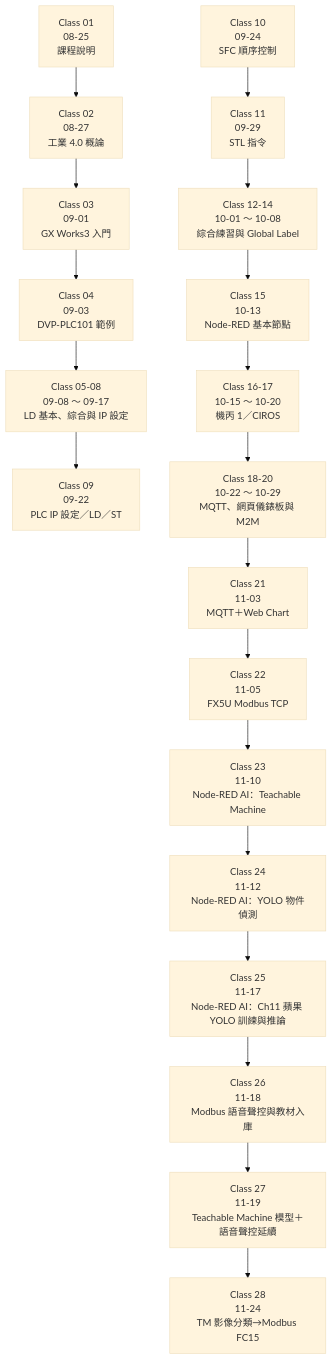
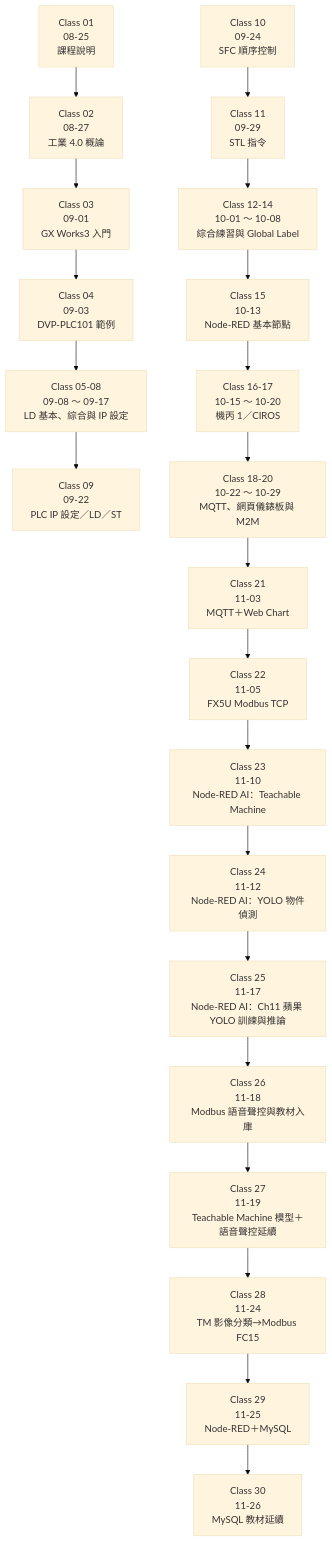
The first of 3 diagrams in docs/COURSE-MAP.md (yd7148/INDUSTRY-4.0), drawn with Mermaid (base theme) before and after one commit. The commit also changed other lines of this file and 2 other files, not shown here.

Commit message:
Sync docs for Class-29/30 (30 classes, 31 videos, timeline and MySQL SVG)

````diff
--- a/docs/COURSE-MAP.md
+++ b/docs/COURSE-MAP.md
@@ -10,21 +10,23 @@
 ```mermaid
 flowchart TD
     A["Class 01<br/>08-25<br/>課程說明"] --> B["Class 02<br/>08-27<br/>工業 4.0 概論"]
     B --> C["Class 03<br/>09-01<br/>GX Works3 入門"]
     C --> D["Class 04<br/>09-03<br/>DVP-PLC101 範例"]
     D --> E["Class 05-08<br/>09-08 ～ 09-17<br/>LD 基本、綜合與 IP 設定"]
     E --> F["Class 09<br/>09-22<br/>PLC IP 設定／LD／ST"]
     G["Class 10<br/>09-24<br/>SFC 順序控制"] --> H["Class 11<br/>09-29<br/>STL 指令"]
     H --> I["Class 12-14<br/>10-01 ～ 10-08<br/>綜合練習與 Global Label"]
     I --> J["Class 15<br/>10-13<br/>Node-RED 基本節點"]
     J --> K["Class 16-17<br/>10-15 ～ 10-20<br/>機丙 1／CIROS"]
     K --> L["Class 18-20<br/>10-22 ～ 10-29<br/>MQTT、網頁儀錶板與 M2M"]
     L --> M["Class 21<br/>11-03<br/>MQTT＋Web Chart"]
     M --> N["Class 22<br/>11-05<br/>FX5U Modbus TCP"]
     N --> O["Class 23<br/>11-10<br/>Node-RED AI：Teachable Machine"]
     O --> P["Class 24<br/>11-12<br/>Node-RED AI：YOLO 物件偵測"]
     P --> Q["Class 25<br/>11-17<br/>Node-RED AI：Ch11 蘋果 YOLO 訓練與推論"]
     Q --> R["Class 26<br/>11-18<br/>Modbus 語音聲控與教材入庫"]
     R --> S["Class 27<br/>11-19<br/>Teachable Machine 模型＋語音聲控延續"]
     S --> T["Class 28<br/>11-24<br/>TM 影像分類→Modbus FC15"]
+    T --> U["Class 29<br/>11-25<br/>Node-RED＋MySQL"]
+    U --> V["Class 30<br/>11-26<br/>MySQL 教材延續"]
 ```
````
